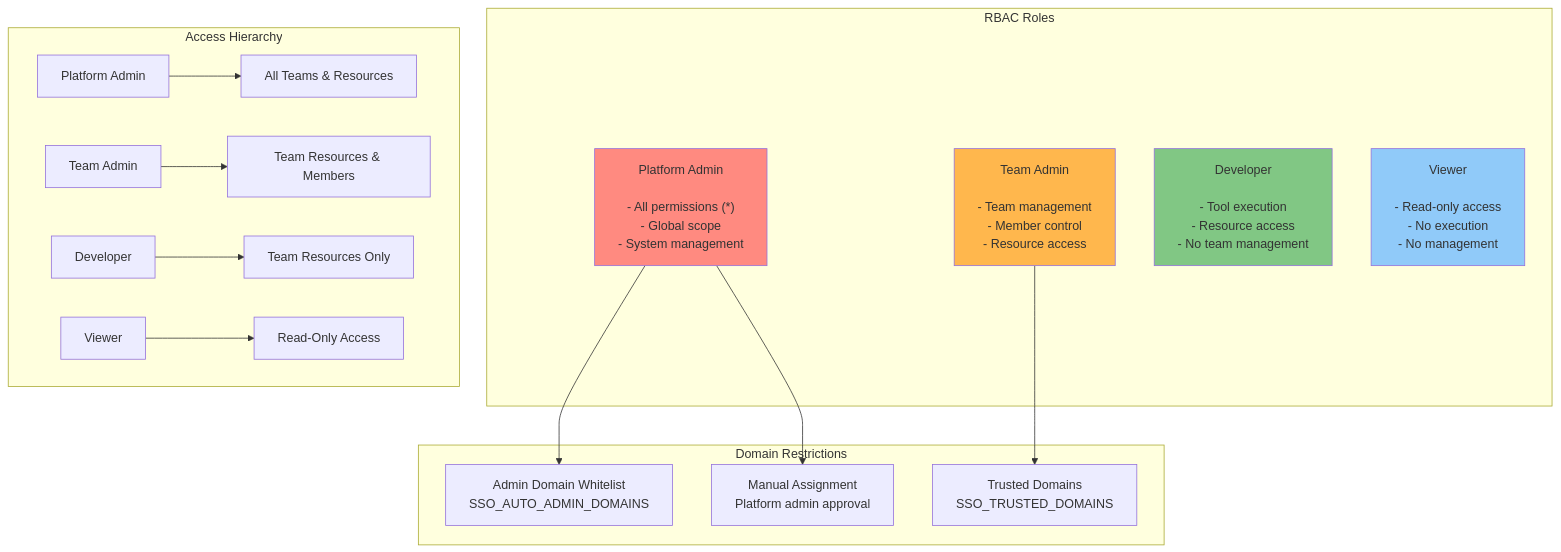
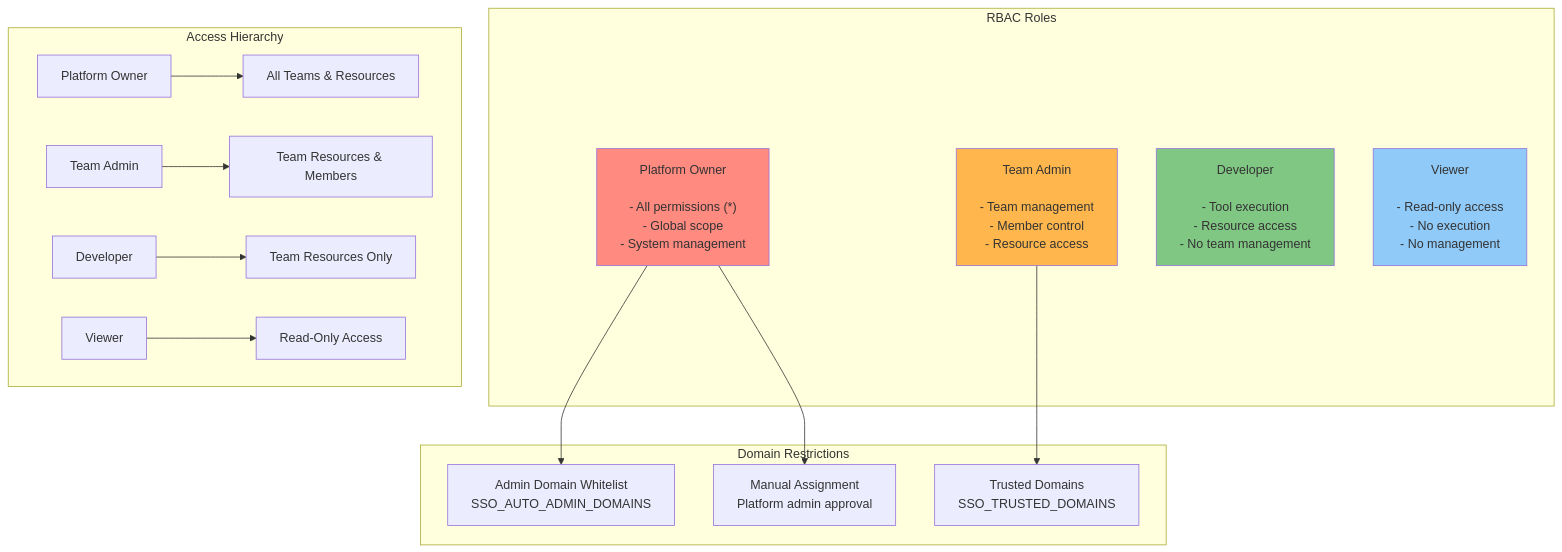
Before and after one commit to brian-hussey/mcp-context-forge: the ninth of 16 diagrams in docs/docs/architecture/multitenancy.md, drawn with Mermaid. The commit also changed other lines of this file and 46 other files, not shown here.

Commit message:
Use platform_owner instead of platform_admin Signed-off-by: Madhav Kandukuri <madhav165@gmail.com>

````diff
--- a/docs/docs/architecture/multitenancy.md
+++ b/docs/docs/architecture/multitenancy.md
@@ -507,50 +507,50 @@
 ```mermaid
 flowchart TD
     subgraph "RBAC Roles"
-        A["Platform Admin
+        A["Platform Owner
 
 - All permissions (*)
 - Global scope
 - System management"]
         B["Team Admin
 
 - Team management
 - Member control
 - Resource access"]
         C["Developer
 
 - Tool execution
 - Resource access
 - No team management"]
         D["Viewer
 
 - Read-only access
 - No execution
 - No management"]
     end
 
     subgraph "Domain Restrictions"
         E["Admin Domain Whitelist
 SSO_AUTO_ADMIN_DOMAINS"]
         F["Trusted Domains
 SSO_TRUSTED_DOMAINS"]
         G["Manual Assignment
 Platform admin approval"]
     end
 
     A --> E
     A --> G
     B --> F
 
     subgraph "Access Hierarchy"
-        H[Platform Admin] --> I[All Teams & Resources]
+        H[Platform Owner] --> I[All Teams & Resources]
         J[Team Admin] --> K[Team Resources & Members]
         L[Developer] --> M[Team Resources Only]
         N[Viewer] --> O[Read-Only Access]
     end
 
     style A fill:#ff8a80
     style B fill:#ffb74d
     style C fill:#81c784
     style D fill:#90caf9
 ```
````
